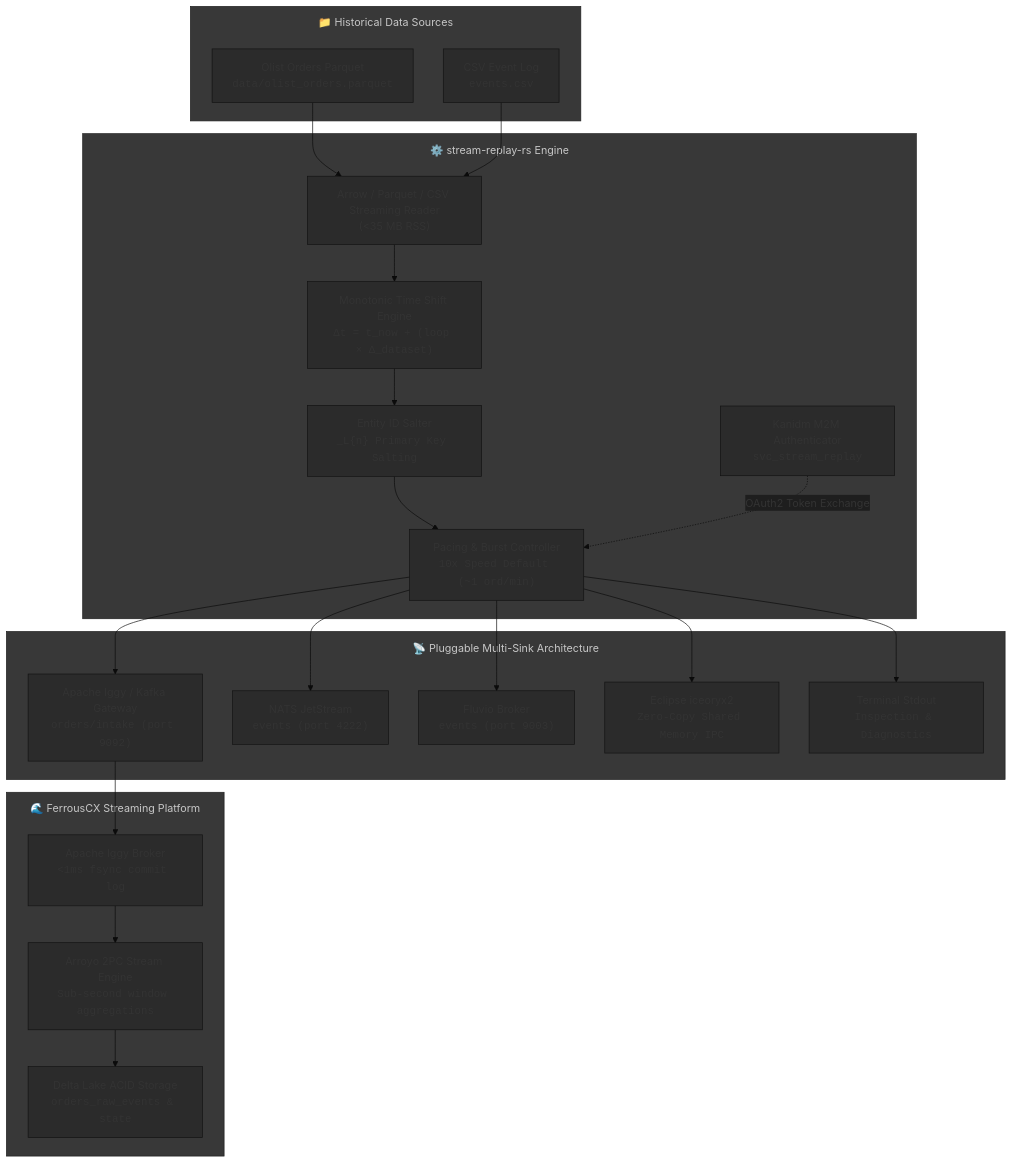
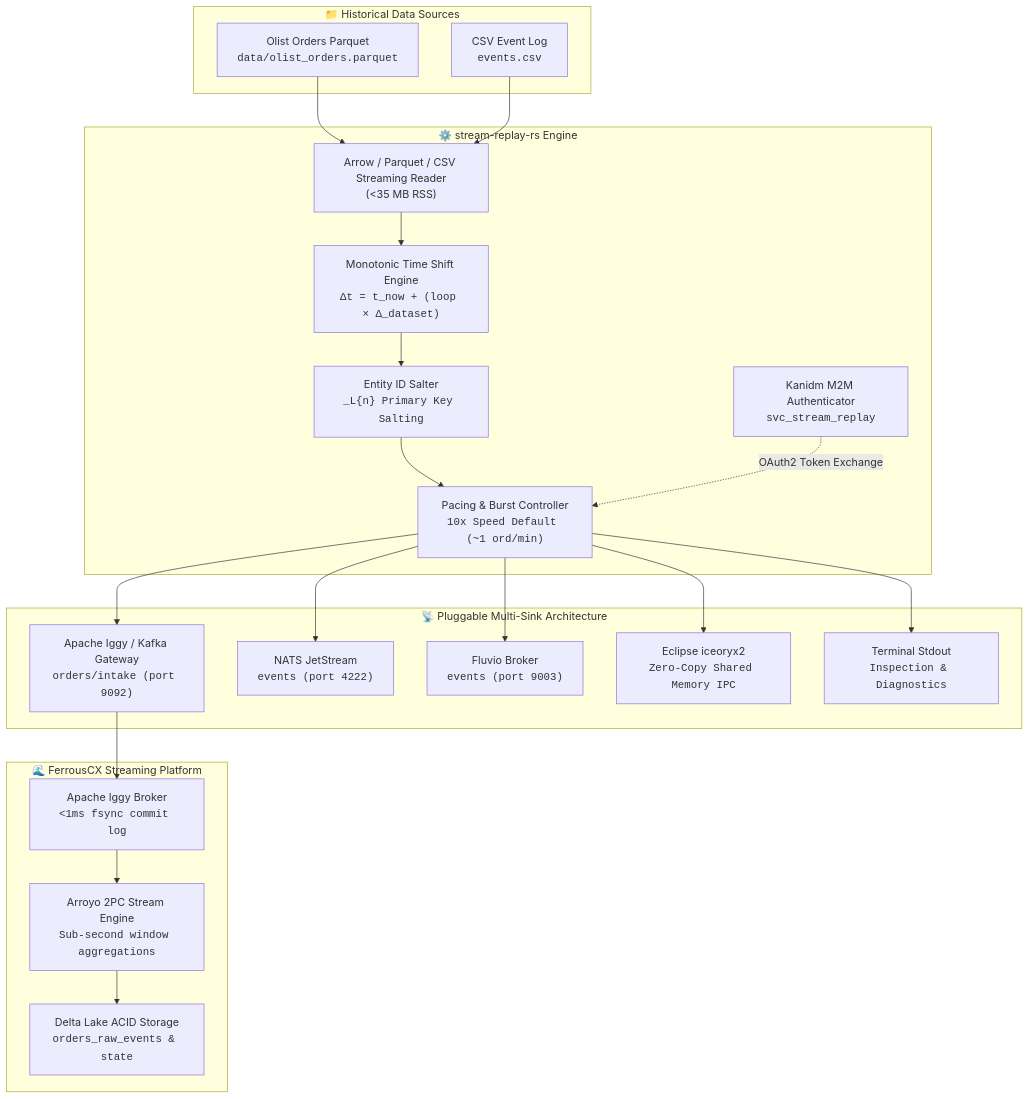
Before and after one commit to reidlai/stream-replay-rs: the diagram in README.md, drawn with Mermaid. The commit also changed 1 other file, not shown here.

Commit message:
docs(stream-replay): simplify Mermaid diagram initialization and finalize dev compose

````diff
--- a/README.md
+++ b/README.md
@@ -16,58 +16,46 @@
 ```mermaid
-%%{init: {
-  'theme': 'base',
-  'themeVariables': {
-    'primaryColor': '#2b2b2b',
-    'edgeLabelBackground': '#1e1e1e'
-  },
-  'flowchart': {
-    'subGraphTitleMargin': { 'top': 12, 'bottom': 24 },
-    'nodeSpacing': 45,
-    'rankSpacing': 55
-  }
-}}%%
 flowchart TD
     subgraph Data Sources ["📁 Historical Data Sources"]
         Parquet["Olist Orders Parquet<br/><code>data/olist_orders.parquet</code>"]
         CSV["CSV Event Log<br/><code>events.csv</code>"]
     end
 
     subgraph Core Engine ["⚙️ stream-replay-rs Engine"]
         Reader["Arrow / Parquet / CSV Streaming Reader<br/>(&lt;35 MB RSS)"]
         TimeEngine["Monotonic Time Shift Engine<br/><code>Δt = t_now + (loop × Δ_dataset)</code>"]
         Salter["Entity ID Salter<br/><code>_L{n} Primary Key Salting</code>"]
         RatePacer["Pacing &amp; Burst Controller<br/><code>10x Speed Default (~1 ord/min)</code>"]
         Auth["Kanidm M2M Authenticator<br/><code>svc_stream_replay</code>"]
     end
 
     subgraph Pluggable Sinks ["📡 Pluggable Multi-Sink Architecture"]
         KafkaSink["Apache Iggy / Kafka Gateway<br/><code>orders/intake (port 9092)</code>"]
         NATSSink["NATS JetStream<br/><code>events (port 4222)</code>"]
         FluvioSink["Fluvio Broker<br/><code>events (port 9003)</code>"]
         IceoryxSink["Eclipse iceoryx2<br/><code>Zero-Copy Shared Memory IPC</code>"]
         StdoutSink["Terminal Stdout<br/><code>Inspection &amp; Diagnostics</code>"]
     end
 
     subgraph Downstream Ecosystem ["🌊 FerrousCX Streaming Platform"]
         IggyBroker["Apache Iggy Broker<br/><code>&lt;1ms fsync commit log</code>"]
         Arroyo["Arroyo 2PC Stream Engine<br/><code>Sub-second window aggregations</code>"]
         DeltaLake["Delta Lake ACID Storage<br/><code>orders_raw_events &amp; state</code>"]
     end
 
     Parquet --> Reader
     CSV --> Reader
     Reader --> TimeEngine
     TimeEngine --> Salter
     Salter --> RatePacer
     Auth -.->|"OAuth2 Token Exchange"| RatePacer
 
     RatePacer --> KafkaSink
     RatePacer --> NATSSink
     RatePacer --> FluvioSink
     RatePacer --> IceoryxSink
     RatePacer --> StdoutSink
 
     KafkaSink --> IggyBroker
     IggyBroker --> Arroyo
     Arroyo --> DeltaLake
 ```
````
